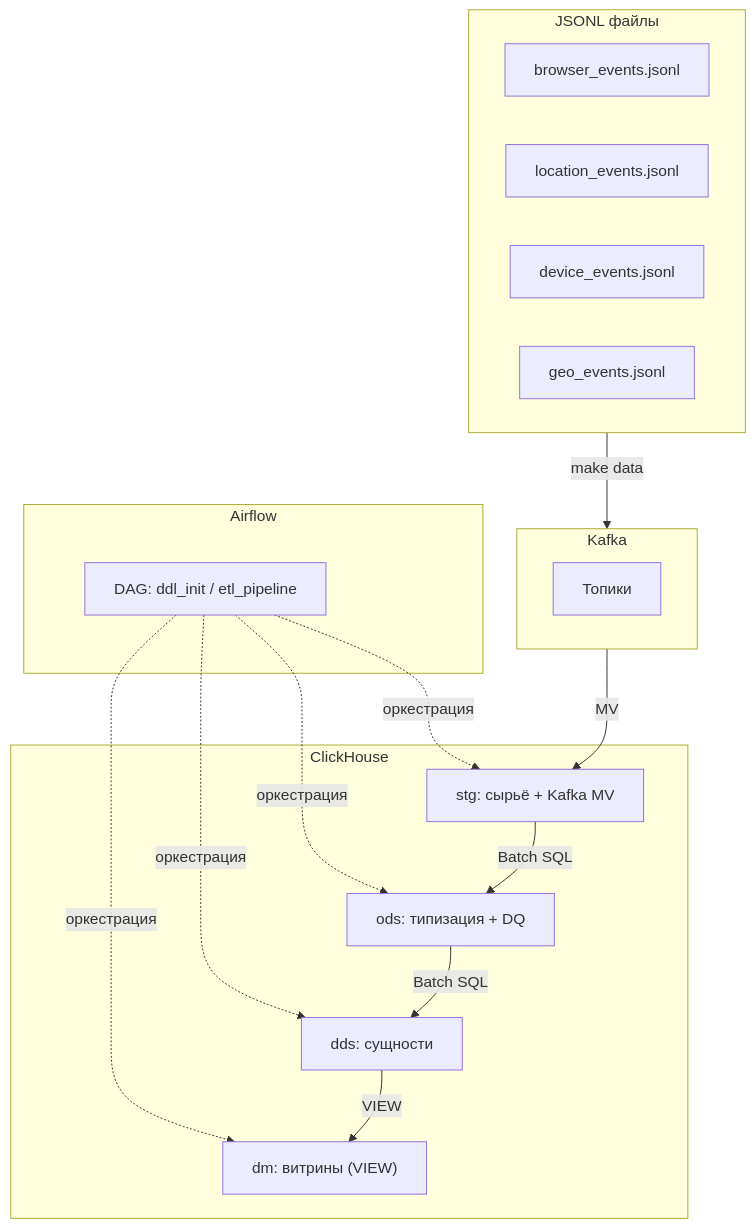
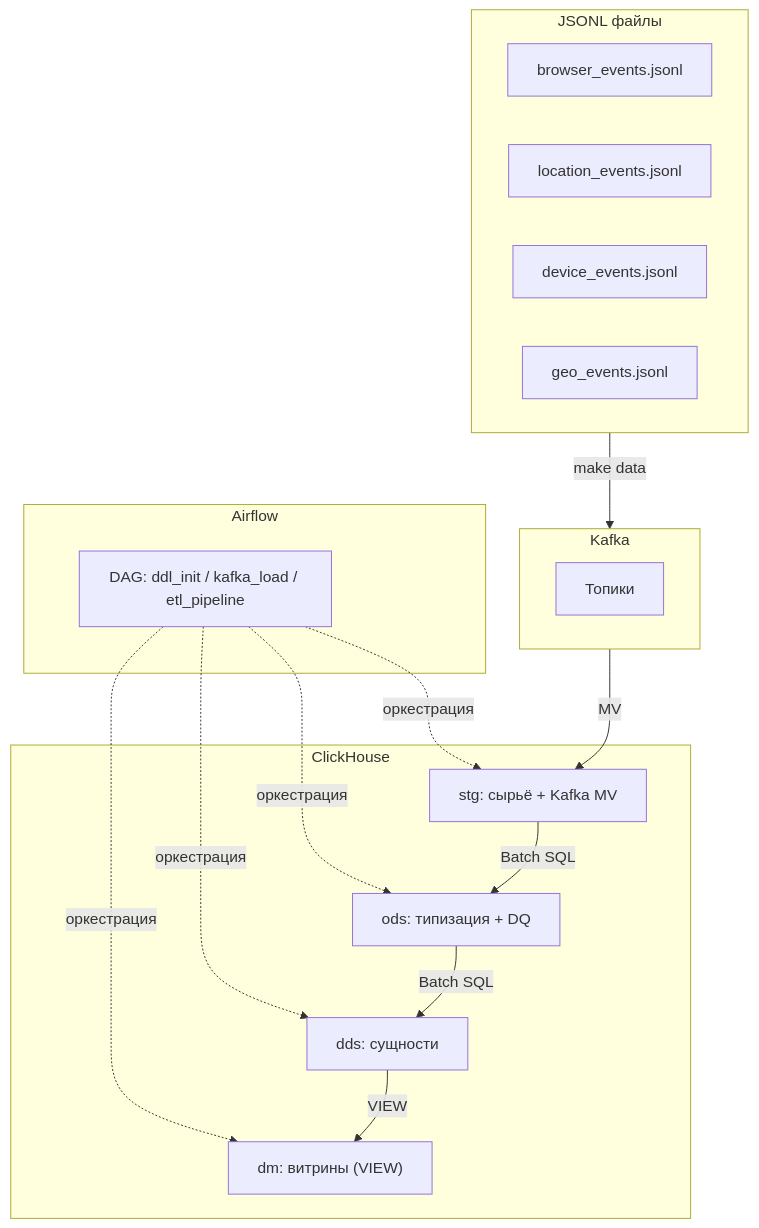
The first of 2 diagrams in README.md (dementev-dev/clickstream-ch-kafka-superset-demo), drawn with Mermaid before and after one commit. The commit also changed other lines of this file and 9 other files, not shown here.

First line of the commit message:
feat(airflow): реализован DAG kafka_load для загрузки в Kafka (фаза 2)

````diff
--- a/README.md
+++ b/README.md
@@ -77,27 +85,27 @@
 ```mermaid
 flowchart TB
     subgraph Sources["JSONL файлы"]
         BE[browser_events.jsonl]
         LE[location_events.jsonl]
         DE[device_events.jsonl]
         GE[geo_events.jsonl]
     end
 
     subgraph Kafka["Kafka"]
         KT[Топики]
     end
 
     subgraph CH["ClickHouse"]
         STG["stg: сырьё + Kafka MV"]
         ODS["ods: типизация + DQ"]
         DDS["dds: сущности"]
         DM["dm: витрины (VIEW)"]
     end
 
     subgraph Airflow["Airflow"]
-        DAG[DAG: ddl_init / etl_pipeline]
-    end
+            DAG[DAG: ddl_init / kafka_load / etl_pipeline]
+        end
 
     Sources -->|make data| Kafka -->|MV| STG -->|Batch SQL| ODS -->|Batch SQL| DDS -->|VIEW| DM
     DAG -.->|оркестрация| STG & ODS & DDS & DM
 ```
````
